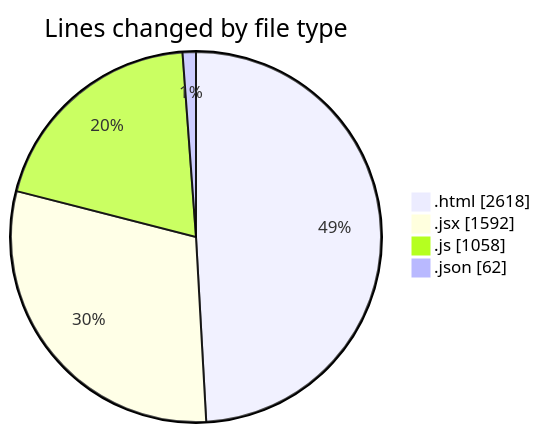
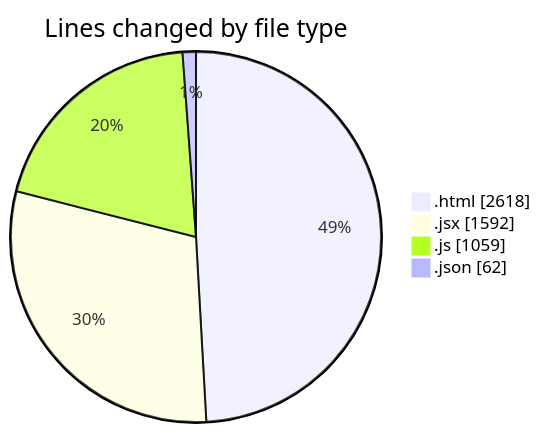
Before and after one commit to nxtqubesakshisongat/code-tracking: the first of 2 diagrams in 2025-08-08/nxtqube_webapp/README.md, drawn with Mermaid. The commit also changed other lines of this file and 1 other file, not shown here.

````diff
--- a/2025-08-08/nxtqube_webapp/README.md
+++ b/2025-08-08/nxtqube_webapp/README.md
@@ -24,8 +24,8 @@
 ```mermaid
 pie showData
 title Lines changed by file type
 ".html" : 2618
 ".jsx" : 1592
-".js" : 1058
+".js" : 1059
 ".json" : 62
 ```
````
